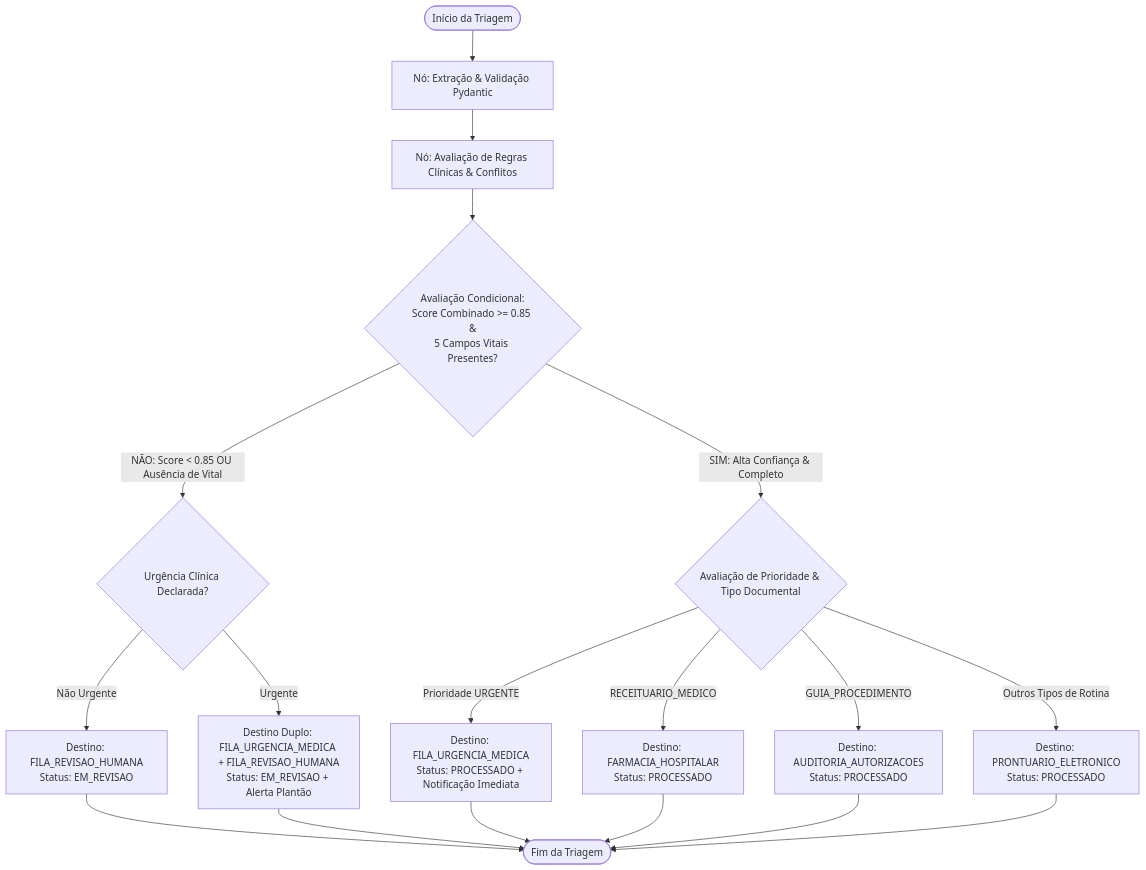
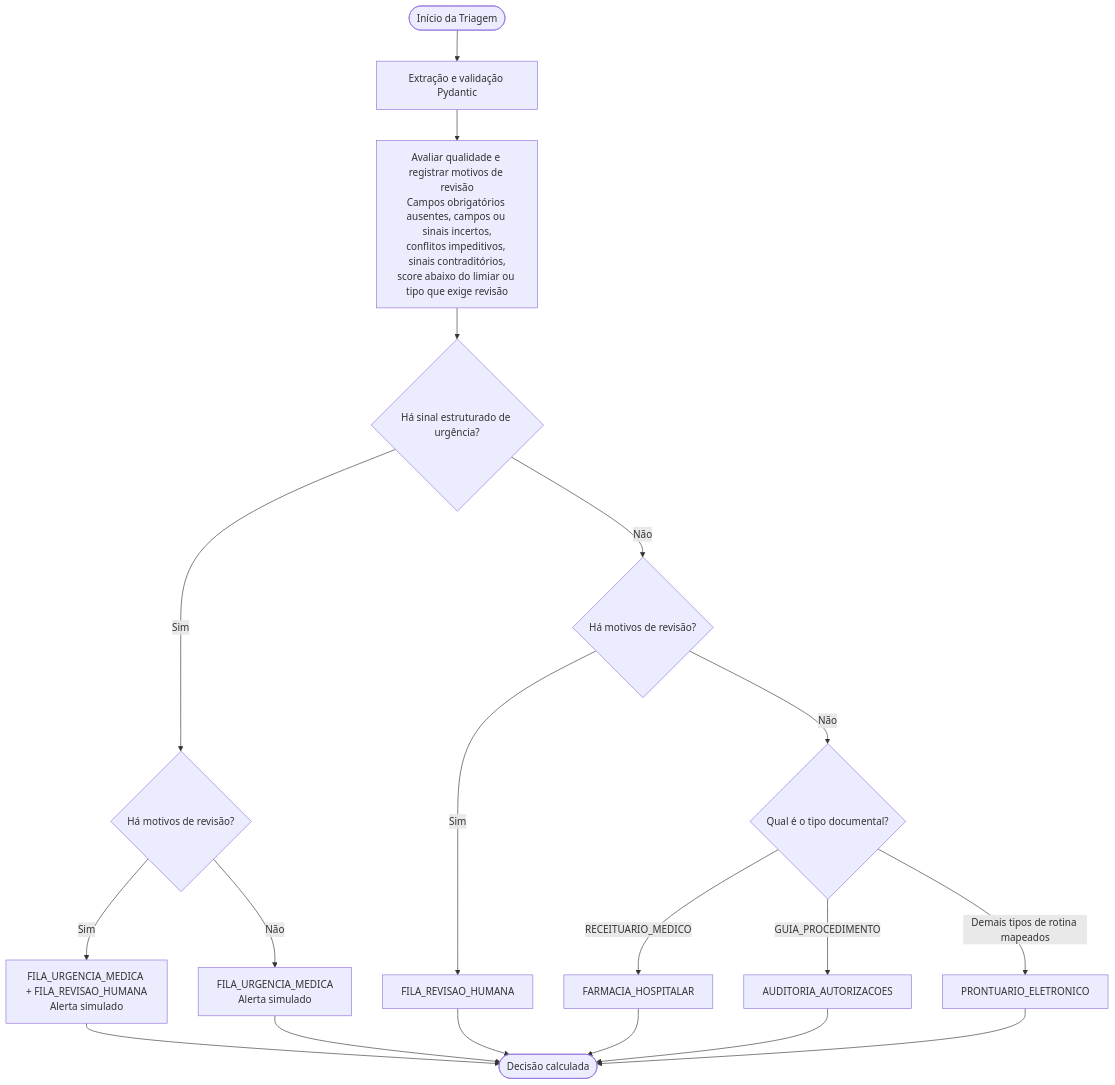
One commit to No-Country-simulation/g10-brasil-equipe-15_mediflow changed the third of 3 diagrams in ARQUITETURA.md. Above: the diagram before and after it, drawn with Mermaid. The commit also changed other lines of this file, not shown here.

Commit message:
docs: alinha diagrama de roteamento ao grafo

````diff
--- a/ARQUITETURA.md
+++ b/ARQUITETURA.md
@@ -207,23 +207,21 @@
 ```mermaid
 graph TD
-    Start(["Início da Triagem"]) --> NodeExtract["Nó: Extração & Validação Pydantic"]
-    NodeExtract --> NodeRules["Nó: Avaliação de Regras Clínicas & Conflitos"]
-    NodeRules --> CondScore{"Avaliação Condicional:<br/>Score Combinado >= 0.85 &<br/>5 Campos Vitais Presentes?"}
-
-    CondScore -- "NÃO: Score < 0.85 OU Ausência de Vital" --> CondUrgenciaNegativa{"Urgência Clínica Declarada?"}
-    CondUrgenciaNegativa -- "Não Urgente" --> NodeRevisao["Destino: FILA_REVISAO_HUMANA<br/>Status: EM_REVISAO"]
-    CondUrgenciaNegativa -- "Urgente" --> NodeMisto["Destino Duplo: FILA_URGENCIA_MEDICA + FILA_REVISAO_HUMANA<br/>Status: EM_REVISAO + Alerta Plantão"]
-
-    CondScore -- "SIM: Alta Confiança & Completo" --> CondTipo{"Avaliação de Prioridade & Tipo Documental"}
-    CondTipo -- "Prioridade URGENTE" --> NodeUrgencia["Destino: FILA_URGENCIA_MEDICA<br/>Status: PROCESSADO + Notificação Imediata"]
-    CondTipo -- "RECEITUARIO_MEDICO" --> NodeFarmacia["Destino: FARMACIA_HOSPITALAR<br/>Status: PROCESSADO"]
-    CondTipo -- "GUIA_PROCEDIMENTO" --> NodeAuditoria["Destino: AUDITORIA_AUTORIZACOES<br/>Status: PROCESSADO"]
-    CondTipo -- "Outros Tipos de Rotina" --> NodeProntuario["Destino: PRONTUARIO_ELETRONICO<br/>Status: PROCESSADO"]
-
-    NodeRevisao --> EndNode(["Fim da Triagem"])
-    NodeMisto --> EndNode
+    Start(["Início da Triagem"]) --> NodeExtract["Extração e validação Pydantic"]
+    NodeExtract --> NodeRules["Avaliar qualidade e registrar motivos de revisão<br/>Campos obrigatórios ausentes, campos ou sinais incertos,<br/>conflitos impeditivos, sinais contraditórios,<br/>score abaixo do limiar ou tipo que exige revisão"]
+    NodeRules --> CondUrgencia{"Há sinal estruturado de urgência?"}
+    CondUrgencia -- "Sim" --> RevisaoUrgente{"Há motivos de revisão?"}
+    RevisaoUrgente -- "Sim" --> NodeMisto["FILA_URGENCIA_MEDICA + FILA_REVISAO_HUMANA<br/>Alerta simulado"]
+    RevisaoUrgente -- "Não" --> NodeUrgencia["FILA_URGENCIA_MEDICA<br/>Alerta simulado"]
+    CondUrgencia -- "Não" --> RevisaoRotina{"Há motivos de revisão?"}
+    RevisaoRotina -- "Sim" --> NodeRevisao["FILA_REVISAO_HUMANA"]
+    RevisaoRotina -- "Não" --> CondTipo{"Qual é o tipo documental?"}
+    CondTipo -- "RECEITUARIO_MEDICO" --> NodeFarmacia["FARMACIA_HOSPITALAR"]
+    CondTipo -- "GUIA_PROCEDIMENTO" --> NodeAuditoria["AUDITORIA_AUTORIZACOES"]
+    CondTipo -- "Demais tipos de rotina mapeados" --> NodeProntuario["PRONTUARIO_ELETRONICO"]
+    NodeMisto --> EndNode(["Decisão calculada"])
     NodeUrgencia --> EndNode
+    NodeRevisao --> EndNode
     NodeFarmacia --> EndNode
     NodeAuditoria --> EndNode
     NodeProntuario --> EndNode
 ```
````
